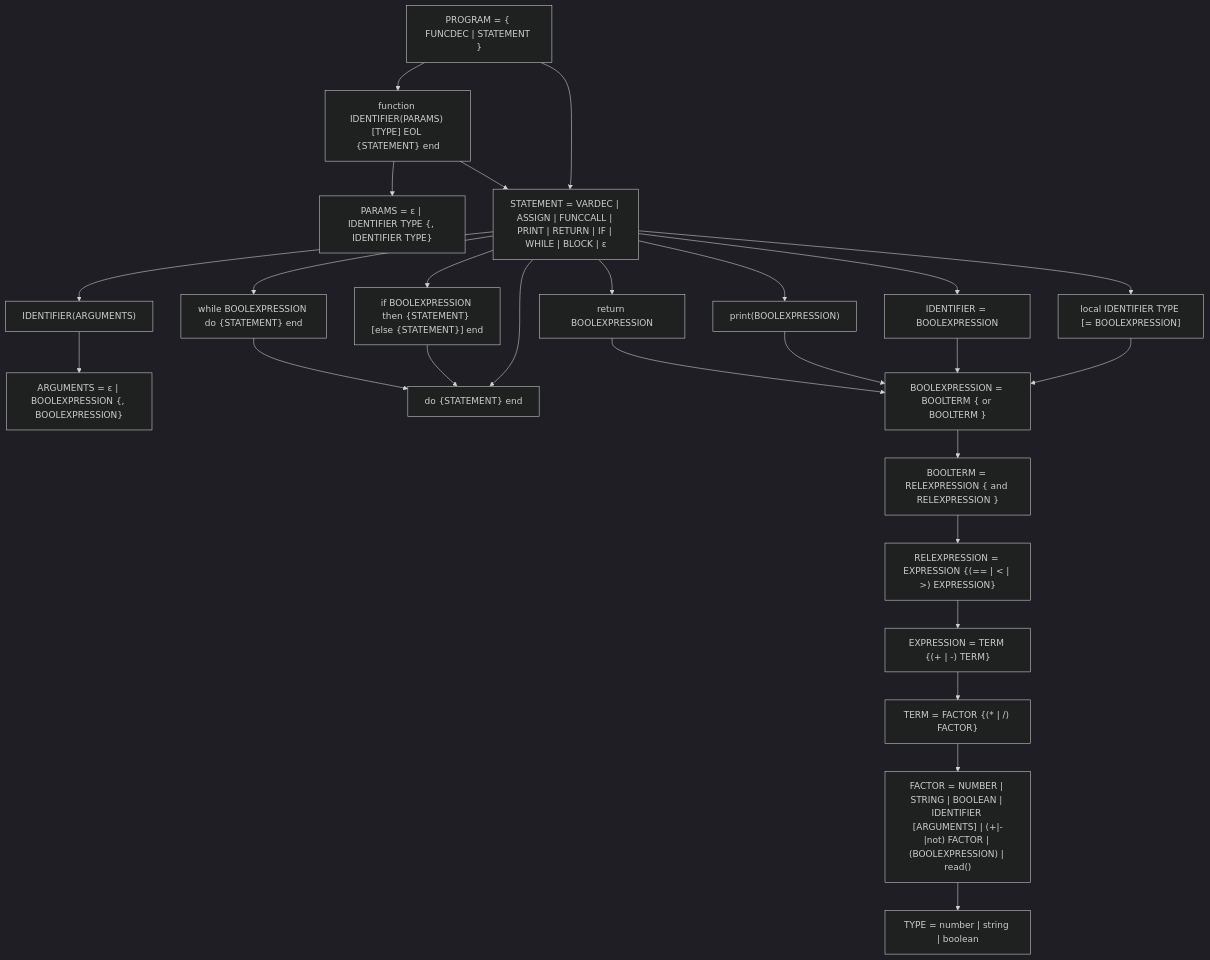
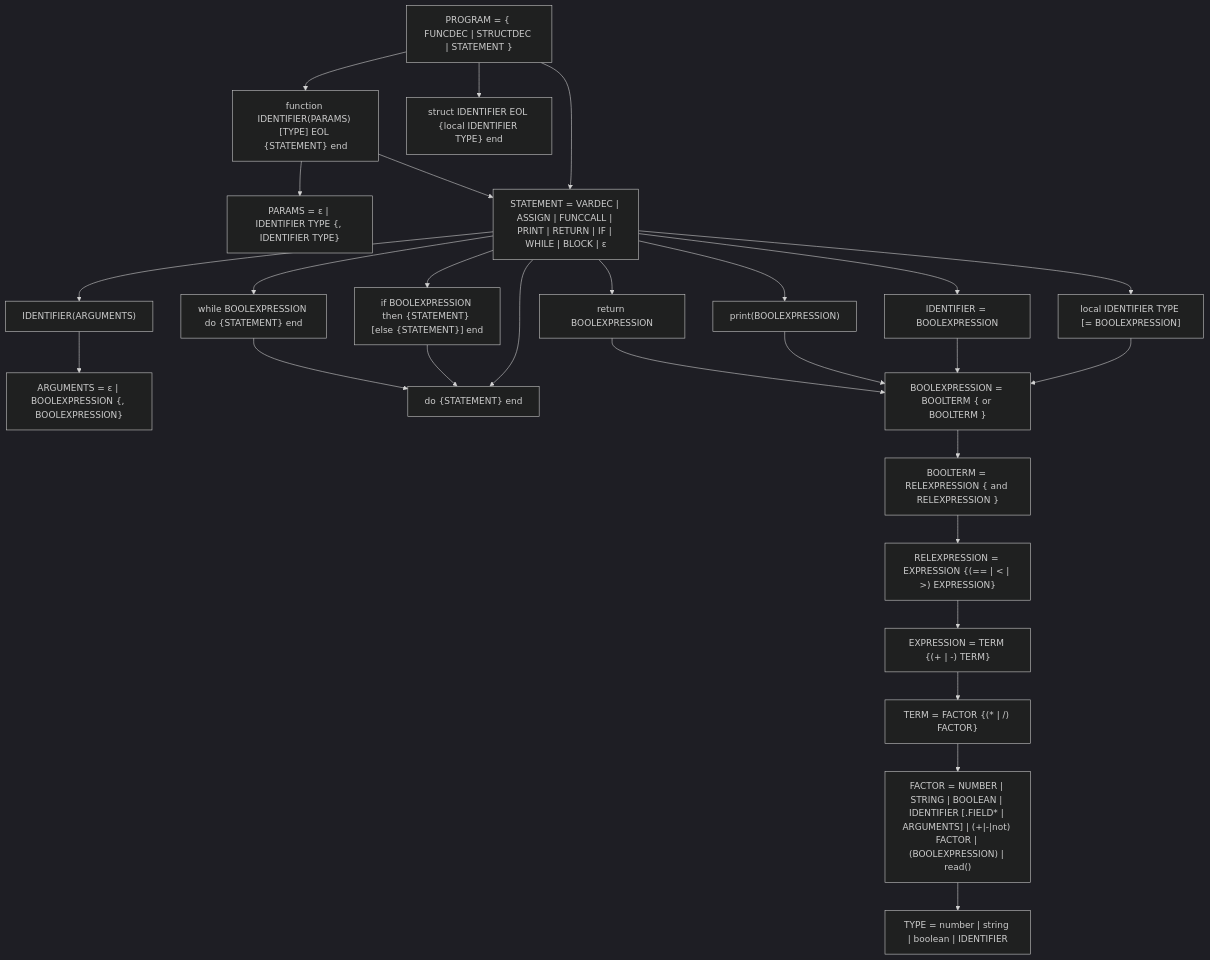
Before and after one commit to viniciusgomes2005/logcomp-dart-compiler: the diagram in README.md, drawn with Mermaid (dark theme). The commit also changed other lines of this file and 2 other files, not shown here.

````diff
--- a/README.md
+++ b/README.md
@@ -11,49 +11,51 @@
 ```mermaid
 flowchart TD
-  PROGRAM["PROGRAM = { FUNCDEC | STATEMENT }"]
+  PROGRAM["PROGRAM = { FUNCDEC | STRUCTDEC | STATEMENT }"]
   FUNCDEC["function IDENTIFIER(PARAMS) [TYPE] EOL {STATEMENT} end"]
+  STRUCTDEC["struct IDENTIFIER EOL {local IDENTIFIER TYPE} end"]
   PARAMS["PARAMS = ε | IDENTIFIER TYPE {, IDENTIFIER TYPE}"]
   STATEMENT["STATEMENT = VARDEC | ASSIGN | FUNCCALL | PRINT | RETURN | IF | WHILE | BLOCK | ε"]
   VARDEC["local IDENTIFIER TYPE [= BOOLEXPRESSION]"]
   ASSIGN["IDENTIFIER = BOOLEXPRESSION"]
   FUNCCALL["IDENTIFIER(ARGUMENTS)"]
   ARGUMENTS["ARGUMENTS = ε | BOOLEXPRESSION {, BOOLEXPRESSION}"]
   PRINT["print(BOOLEXPRESSION)"]
   RETURN["return BOOLEXPRESSION"]
   IFST["if BOOLEXPRESSION then {STATEMENT} [else {STATEMENT}] end"]
   WHILEST["while BOOLEXPRESSION do {STATEMENT} end"]
   BLOCK["do {STATEMENT} end"]
   BEXP["BOOLEXPRESSION = BOOLTERM { or BOOLTERM }"]
   BTERM["BOOLTERM = RELEXPRESSION { and RELEXPRESSION }"]
   REXP["RELEXPRESSION = EXPRESSION {(== | < | >) EXPRESSION}"]
   EXP["EXPRESSION = TERM {(+ | -) TERM}"]
   TERM["TERM = FACTOR {(* | /) FACTOR}"]
-  FACTOR["FACTOR = NUMBER | STRING | BOOLEAN | IDENTIFIER [ARGUMENTS] | (+|-|not) FACTOR | (BOOLEXPRESSION) | read()"]
-  TYPE["TYPE = number | string | boolean"]
+  FACTOR["FACTOR = NUMBER | STRING | BOOLEAN | IDENTIFIER [.FIELD* | ARGUMENTS] | (+|-|not) FACTOR | (BOOLEXPRESSION) | read()"]
+  TYPE["TYPE = number | string | boolean | IDENTIFIER"]
 
   PROGRAM --> FUNCDEC
+  PROGRAM --> STRUCTDEC
   PROGRAM --> STATEMENT
   FUNCDEC --> PARAMS
   FUNCDEC --> STATEMENT
   STATEMENT --> IFST
   STATEMENT --> WHILEST
   STATEMENT --> BLOCK
   STATEMENT --> VARDEC
   STATEMENT --> ASSIGN
   STATEMENT --> FUNCCALL
   STATEMENT --> PRINT
   STATEMENT --> RETURN
   FUNCCALL --> ARGUMENTS
   IFST --> BLOCK
   WHILEST --> BLOCK
   VARDEC --> BEXP
   ASSIGN --> BEXP
   PRINT --> BEXP
   RETURN --> BEXP
   BEXP --> BTERM
   BTERM --> REXP
   REXP --> EXP
   EXP --> TERM
   TERM --> FACTOR
   FACTOR --> TYPE
 ```
````
